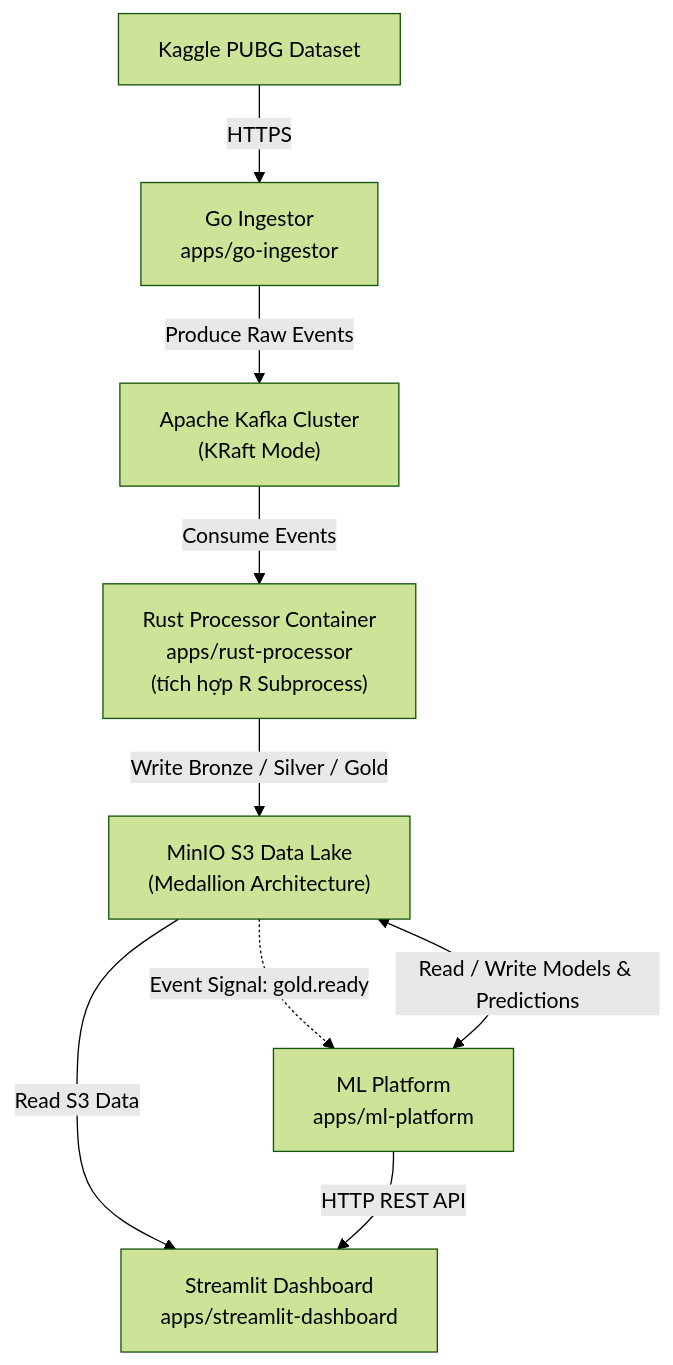
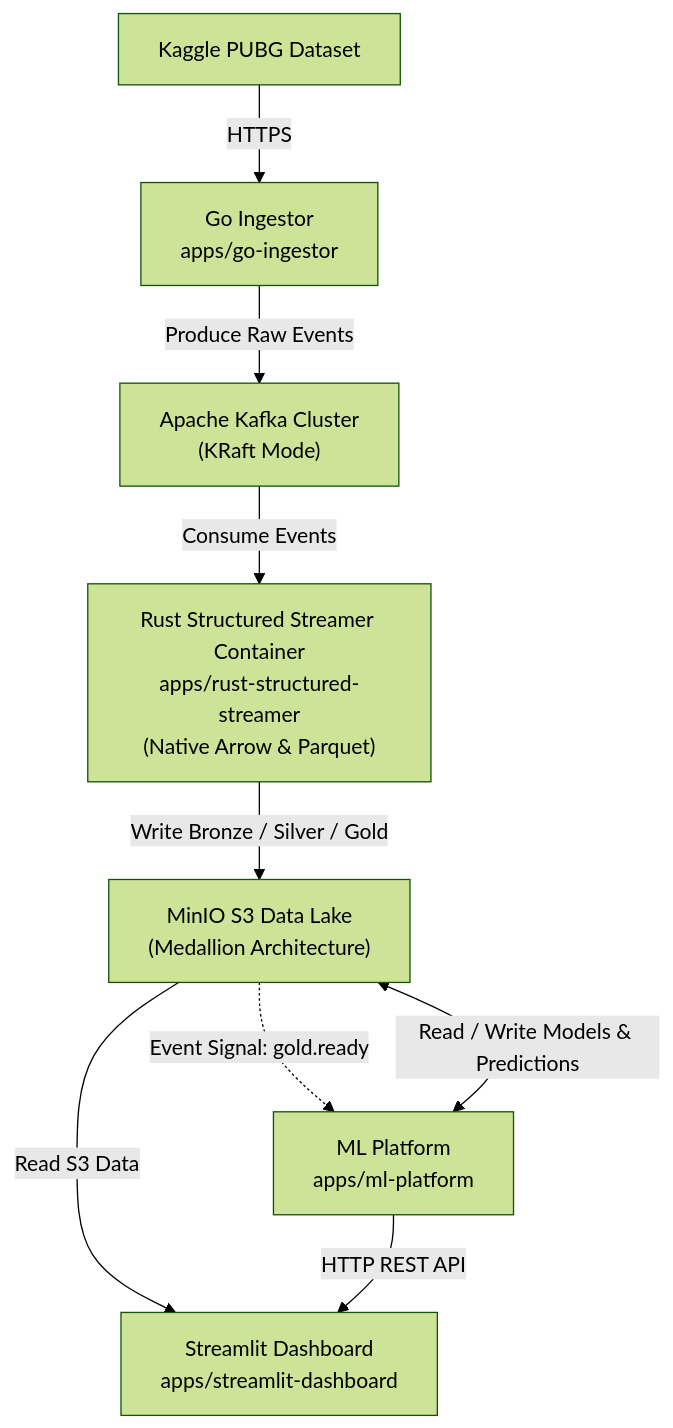
Before and after one commit to phucle996/fps-anticheat-data-platform: the diagram in ARCH.md, drawn with Mermaid (forest theme). The commit also changed other lines of this file and 48 other files, not shown here.

````diff
--- a/ARCH.md
+++ b/ARCH.md
@@ -9,11 +9,11 @@
 ```mermaid
 flowchart TD
     Kaggle["Kaggle PUBG Dataset"] -->|HTTPS| GoIngestor["Go Ingestor<br/>apps/go-ingestor"]
     GoIngestor -->|Produce Raw Events| Kafka["Apache Kafka Cluster<br/>(KRaft Mode)"]
-    Kafka -->|Consume Events| RustProc["Rust Processor Container<br/>apps/rust-processor<br/>(tích hợp R Subprocess)"]
+    Kafka -->|Consume Events| RustProc["Rust Structured Streamer Container<br/>apps/rust-structured-streamer<br/>(Native Arrow & Parquet)"]
     RustProc -->|Write Bronze / Silver / Gold| MinIO["MinIO S3 Data Lake<br/>(Medallion Architecture)"]
     MinIO -.->|Event Signal: gold.ready| MLPlatform["ML Platform<br/>apps/ml-platform"]
     MLPlatform <-->|Read / Write Models & Predictions| MinIO
     MinIO -->|Read S3 Data| Dashboard["Streamlit Dashboard<br/>apps/streamlit-dashboard"]
     MLPlatform -->|HTTP REST API| Dashboard
 ```
````
